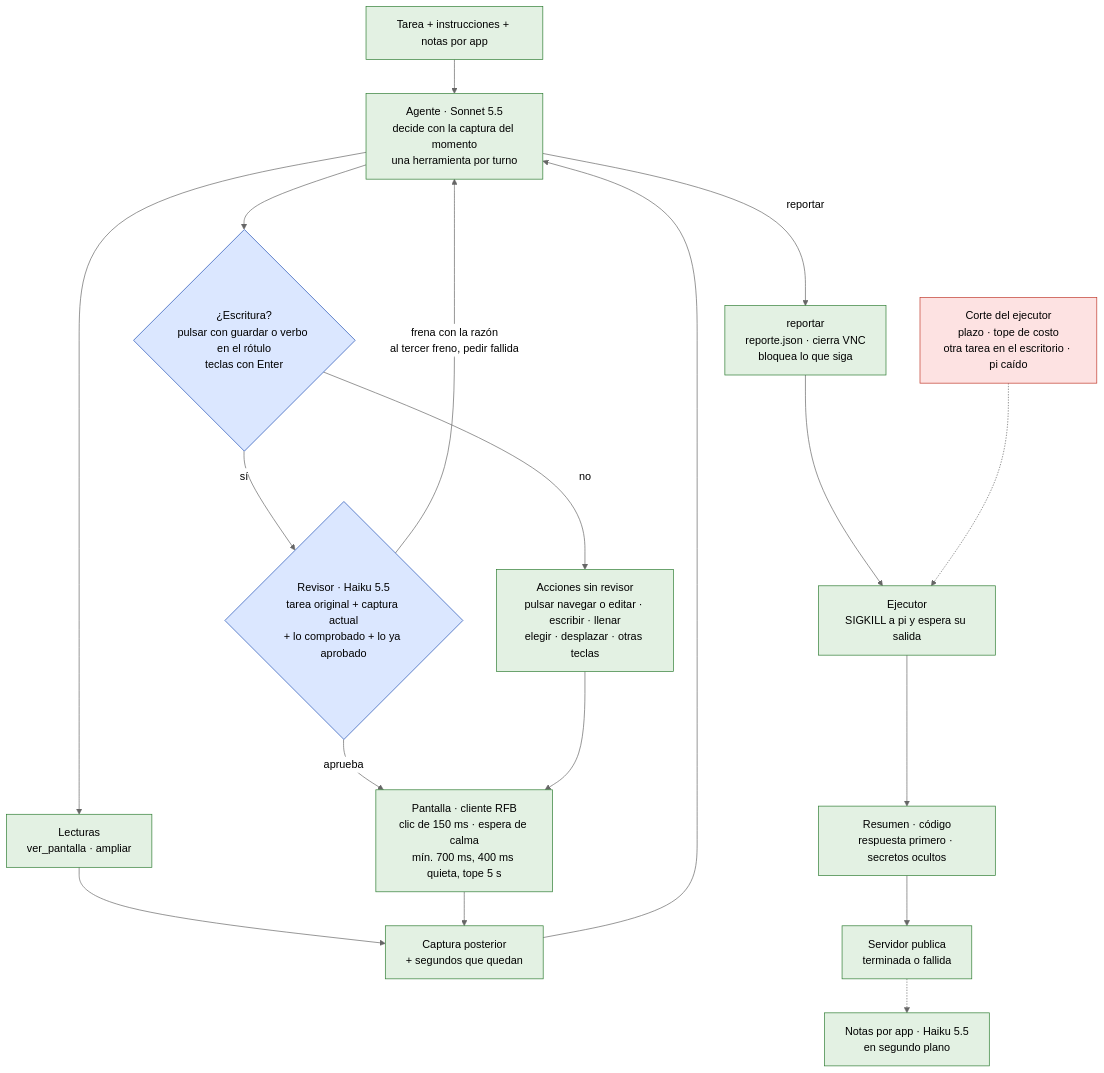
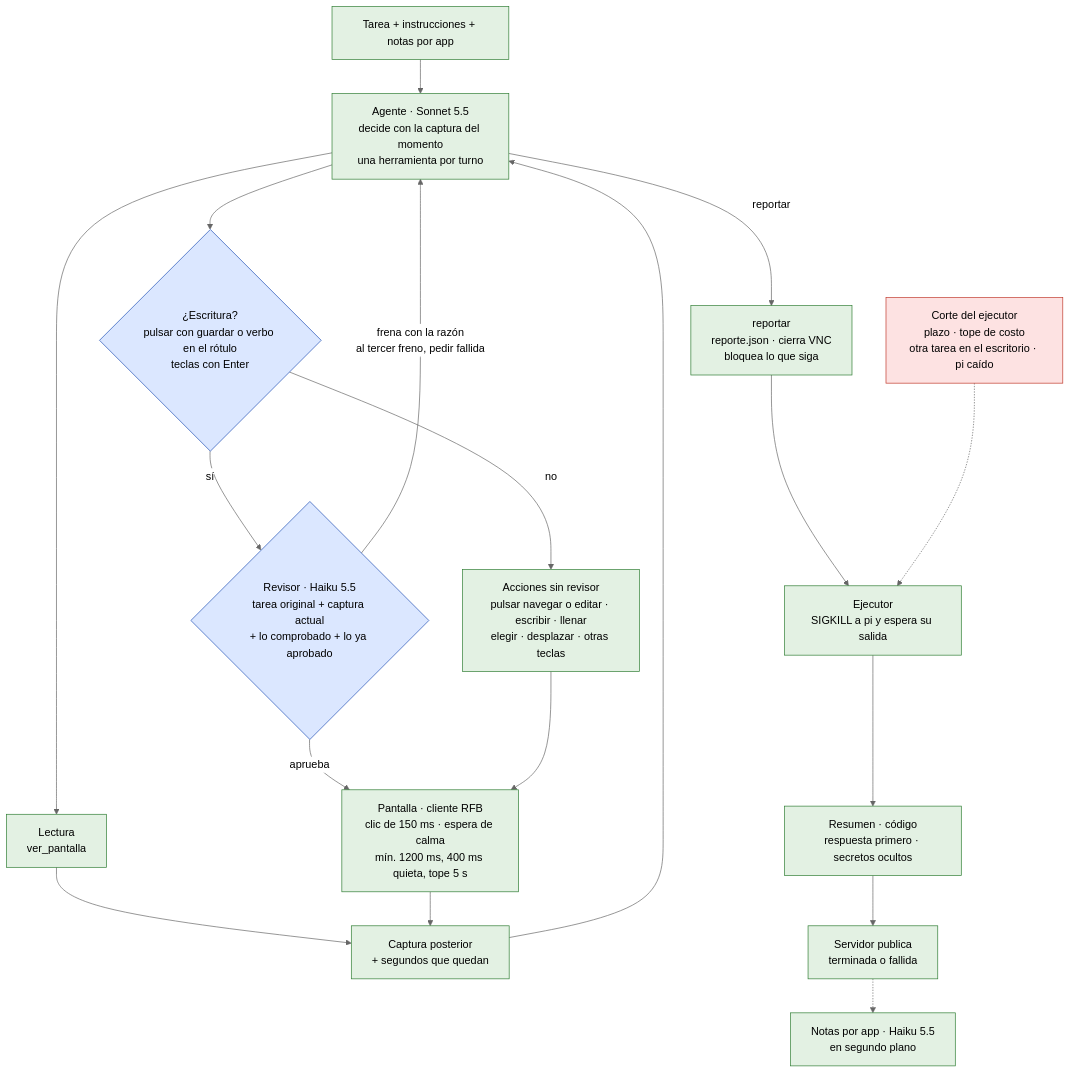
One commit to JuanMCanchala/frontier-cdmx changed the second of 3 diagrams in docs/arquitectura.md. Above: the diagram before and after it, drawn with Mermaid (neutral theme). The commit also changed other lines of this file and 3 other files, not shown here.

First line of the commit message:
docs(arquitectura): actualizar herramientas, espera de repintado, plazo, tope y volumen en los diagramas

````diff
--- a/docs/arquitectura.md
+++ b/docs/arquitectura.md
@@ -66,42 +66,42 @@
 ```mermaid
 flowchart TB
     T["Tarea + instrucciones + notas por app"]
     A["Agente · Sonnet 5.5<br/>decide con la captura del momento<br/>una herramienta por turno"]
-    L["Lecturas<br/>ver_pantalla · ampliar"]
+    L["Lectura<br/>ver_pantalla"]
     W{"¿Escritura?<br/>pulsar con guardar o verbo en el rótulo<br/>teclas con Enter"}
     ACC["Acciones sin revisor<br/>pulsar navegar o editar · escribir · llenar<br/>elegir · desplazar · otras teclas"]
     R{"Revisor · Haiku 5.5<br/>tarea original + captura actual<br/>+ lo comprobado + lo ya aprobado"}
-    P["Pantalla · cliente RFB<br/>clic de 150 ms · espera de calma<br/>mín. 700 ms, 400 ms quieta, tope 5 s"]
+    P["Pantalla · cliente RFB<br/>clic de 150 ms · espera de calma<br/>mín. 1200 ms, 400 ms quieta, tope 5 s"]
     O["Captura posterior<br/>+ segundos que quedan"]
     REP["reportar<br/>reporte.json · cierra VNC<br/>bloquea lo que siga"]
     CUT["Corte del ejecutor<br/>plazo · tope de costo<br/>otra tarea en el escritorio · pi caído"]
     EJ["Ejecutor<br/>SIGKILL a pi y espera su salida"]
     RES["Resumen · código<br/>respuesta primero · secretos ocultos"]
     PUB["Servidor publica<br/>terminada o fallida"]
     MEM["Notas por app · Haiku 5.5<br/>en segundo plano"]
 
     T --> A
     A --> L
     A --> W
     W -->|"no"| ACC
     W -->|"sí"| R
     R -->|"aprueba"| P
     R -->|"frena con la razón<br/>al tercer freno, pedir fallida"| A
     ACC --> P
     L --> O
     P --> O
     O --> A
     A -->|"reportar"| REP
     REP --> EJ
     CUT -.-> EJ
     EJ --> RES
     RES --> PUB
     PUB -.-> MEM
 
     classDef gate fill:#dbe7ff,stroke:#1f4fb4,color:#000
     classDef ours fill:#e3f1e3,stroke:#2e7d32,color:#000
     classDef cut fill:#fde2e2,stroke:#c0392b,color:#000
     class T,A,L,ACC,P,O,REP,EJ,RES,PUB,MEM ours
     class W,R gate
     class CUT cut
 ```
````
